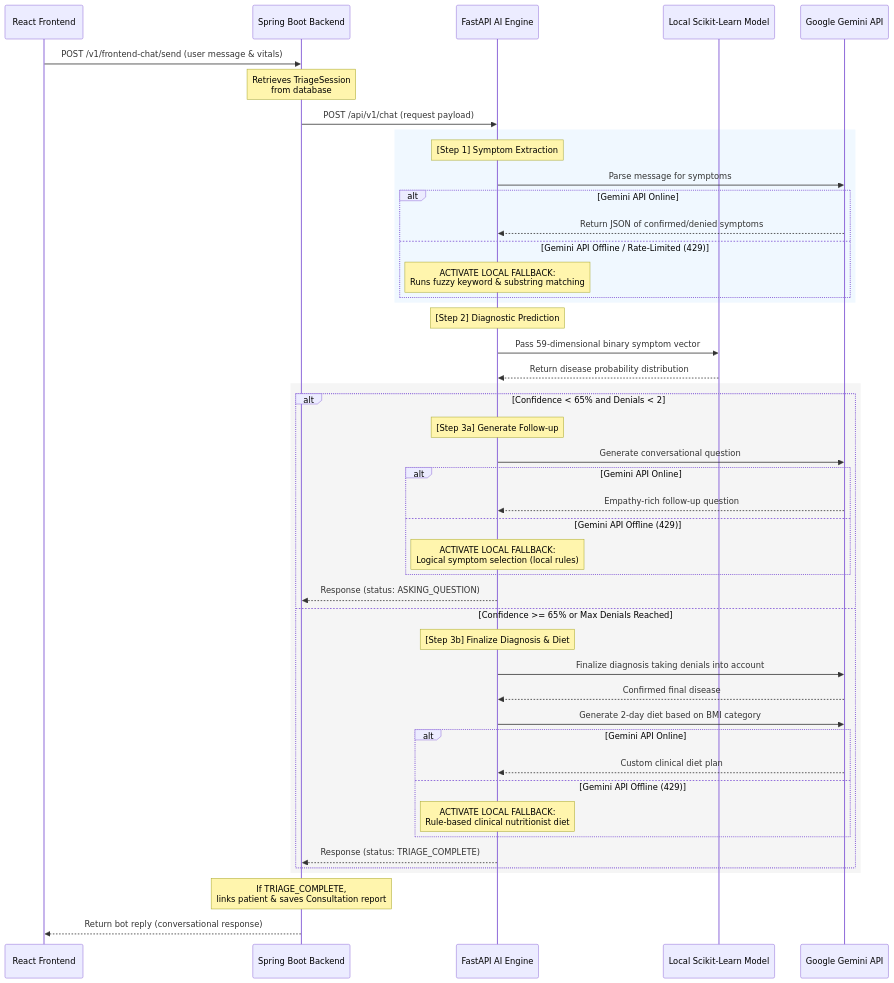
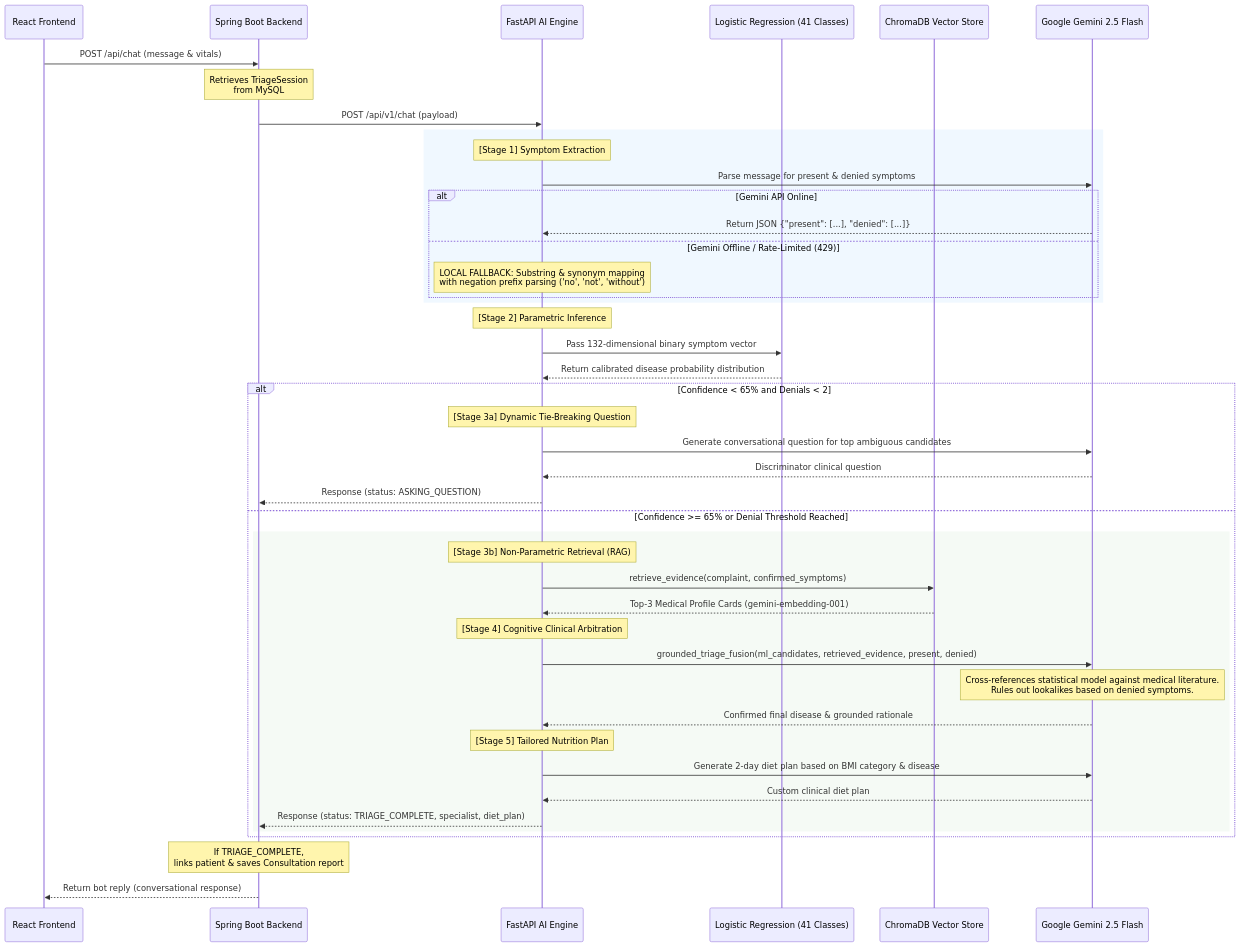
Before and after one commit to Harsh9945/Clinicalsystem: the diagram in ai-triage-engine/README.md, drawn with Mermaid. The commit also changed other lines of this file and 1 other file, not shown here.

Commit message:
docs: update root and engine READMEs with RAG architecture, ablation results, and HLD/LLD references

````diff
--- a/ai-triage-engine/README.md
+++ b/ai-triage-engine/README.md
@@ -11,53 +14,53 @@
 ```mermaid
 sequenceDiagram
     participant Patient as React Frontend
     participant Java as Spring Boot Backend
     participant Python as FastAPI AI Engine
-    participant ML as Local Scikit-Learn Model
-    participant Gemini as Google Gemini API
+    participant ML as Logistic Regression (41 Classes)
+    participant Chroma as ChromaDB Vector Store
+    participant Gemini as Google Gemini 2.5 Flash
 
-    Patient->>Java: POST /v1/frontend-chat/send (user message & vitals)
-    Note over Java: Retrieves TriageSession<br/>from database
-    Java->>Python: POST /api/v1/chat (request payload)
+    Patient->>Java: POST /api/chat (message & vitals)
+    Note over Java: Retrieves TriageSession<br/>from MySQL
+    Java->>Python: POST /api/v1/chat (payload)
     
     rect rgb(240, 248, 255)
-        Note over Python: [Step 1] Symptom Extraction
-        Python->>Gemini: Parse message for symptoms
+        Note over Python: [Stage 1] Symptom Extraction
+        Python->>Gemini: Parse message for present & denied symptoms
         alt Gemini API Online
-            Gemini-->>Python: Return JSON of confirmed/denied symptoms
-        else Gemini API Offline / Rate-Limited (429)
-            Note over Python: ACTIVATE LOCAL FALLBACK:<br/>Runs fuzzy keyword & substring matching
+            Gemini-->>Python: Return JSON {"present": [...], "denied": [...]}
+        else Gemini Offline / Rate-Limited (429)
+            Note over Python: LOCAL FALLBACK: Substring & synonym mapping<br/>with negation prefix parsing ('no', 'not', 'without')
         end
     end
 
-    Note over Python: [Step 2] Diagnostic Prediction
-    Python->>ML: Pass 59-dimensional binary symptom vector
-    ML-->>Python: Return disease probability distribution
+    Note over Python: [Stage 2] Parametric Inference
+    Python->>ML: Pass 132-dimensional binary symptom vector
+    ML-->>Python: Return calibrated disease probability distribution
 
-    rect rgb(245, 245, 245)
-        alt Confidence < 65% and Denials < 2
-            Note over Python: [Step 3a] Generate Follow-up
-            Python->>Gemini: Generate conversational question
-            alt Gemini API Online
-                Gemini-->>Python: Empathy-rich follow-up question
-            else Gemini API Offline (429)
-                Note over Python: ACTIVATE LOCAL FALLBACK:<br/>Logical symptom selection (local rules)
-            end
-            Python-->>Java: Response (status: ASKING_QUESTION)
-        else Confidence >= 65% or Max Denials Reached
-            Note over Python: [Step 3b] Finalize Diagnosis & Diet
-            Python->>Gemini: Finalize diagnosis taking denials into account
-            Gemini-->>Python: Confirmed final disease
-            Python->>Gemini: Generate 2-day diet based on BMI category
-            alt Gemini API Online
-                Gemini-->>Python: Custom clinical diet plan
-            else Gemini API Offline (429)
-                Note over Python: ACTIVATE LOCAL FALLBACK:<br/>Rule-based clinical nutritionist diet
-            end
-            Python-->>Java: Response (status: TRIAGE_COMPLETE)
+    alt Confidence < 65% and Denials < 2
+        Note over Python: [Stage 3a] Dynamic Tie-Breaking Question
+        Python->>Gemini: Generate conversational question for top ambiguous candidates
+        Gemini-->>Python: Discriminator clinical question
+        Python-->>Java: Response (status: ASKING_QUESTION)
+    else Confidence >= 65% or Denial Threshold Reached
+        rect rgb(245, 250, 245)
+            Note over Python: [Stage 3b] Non-Parametric Retrieval (RAG)
+            Python->>Chroma: retrieve_evidence(complaint, confirmed_symptoms)
+            Chroma-->>Python: Top-3 Medical Profile Cards (gemini-embedding-001)
+            
+            Note over Python: [Stage 4] Cognitive Clinical Arbitration
+            Python->>Gemini: grounded_triage_fusion(ml_candidates, retrieved_evidence, present, denied)
+            Note over Gemini: Cross-references statistical model against medical literature.<br/>Rules out lookalikes based on denied symptoms.
+            Gemini-->>Python: Confirmed final disease & grounded rationale
+            
+            Note over Python: [Stage 5] Tailored Nutrition Plan
+            Python->>Gemini: Generate 2-day diet plan based on BMI category & disease
+            Gemini-->>Python: Custom clinical diet plan
+            Python-->>Java: Response (status: TRIAGE_COMPLETE, specialist, diet_plan)
         end
     end
 
     Note over Java: If TRIAGE_COMPLETE,<br/>links patient & saves Consultation report
     Java-->>Patient: Return bot reply (conversational response)
 ```
````
